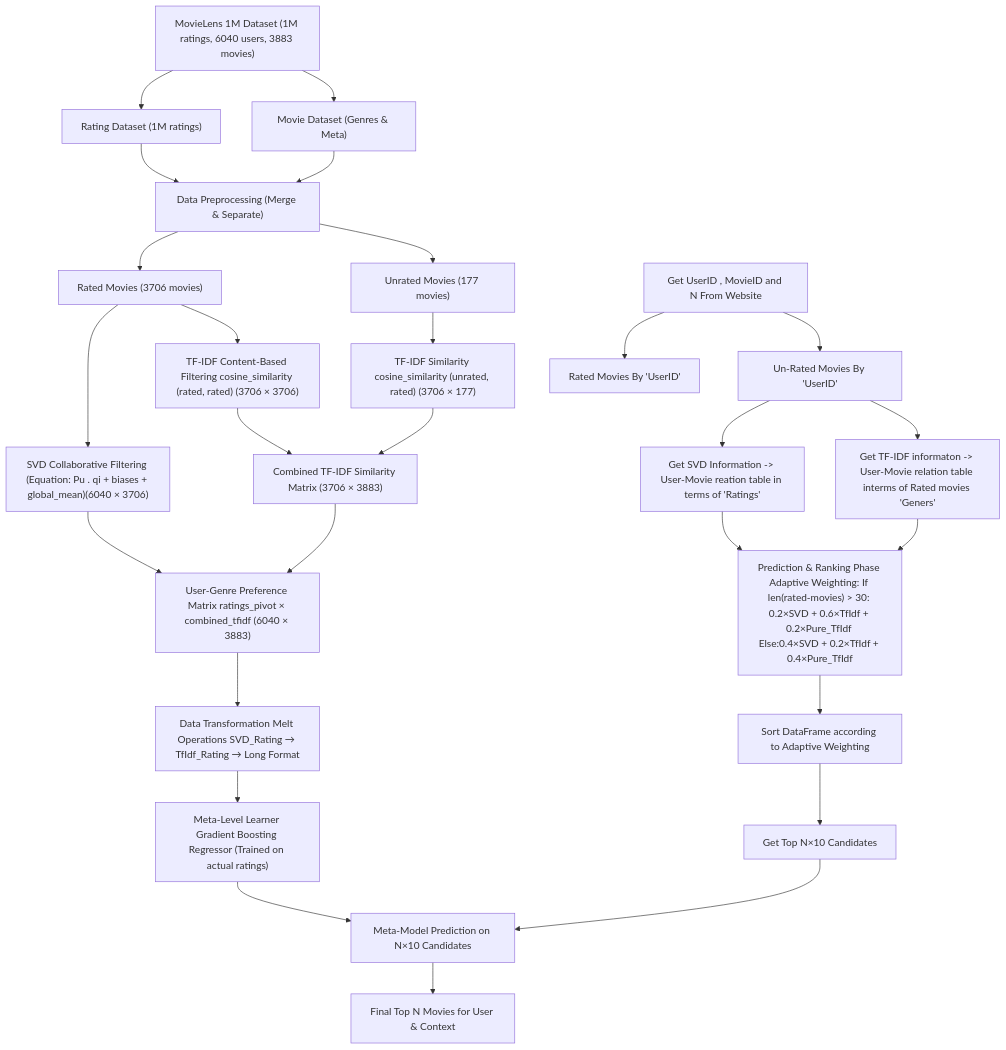
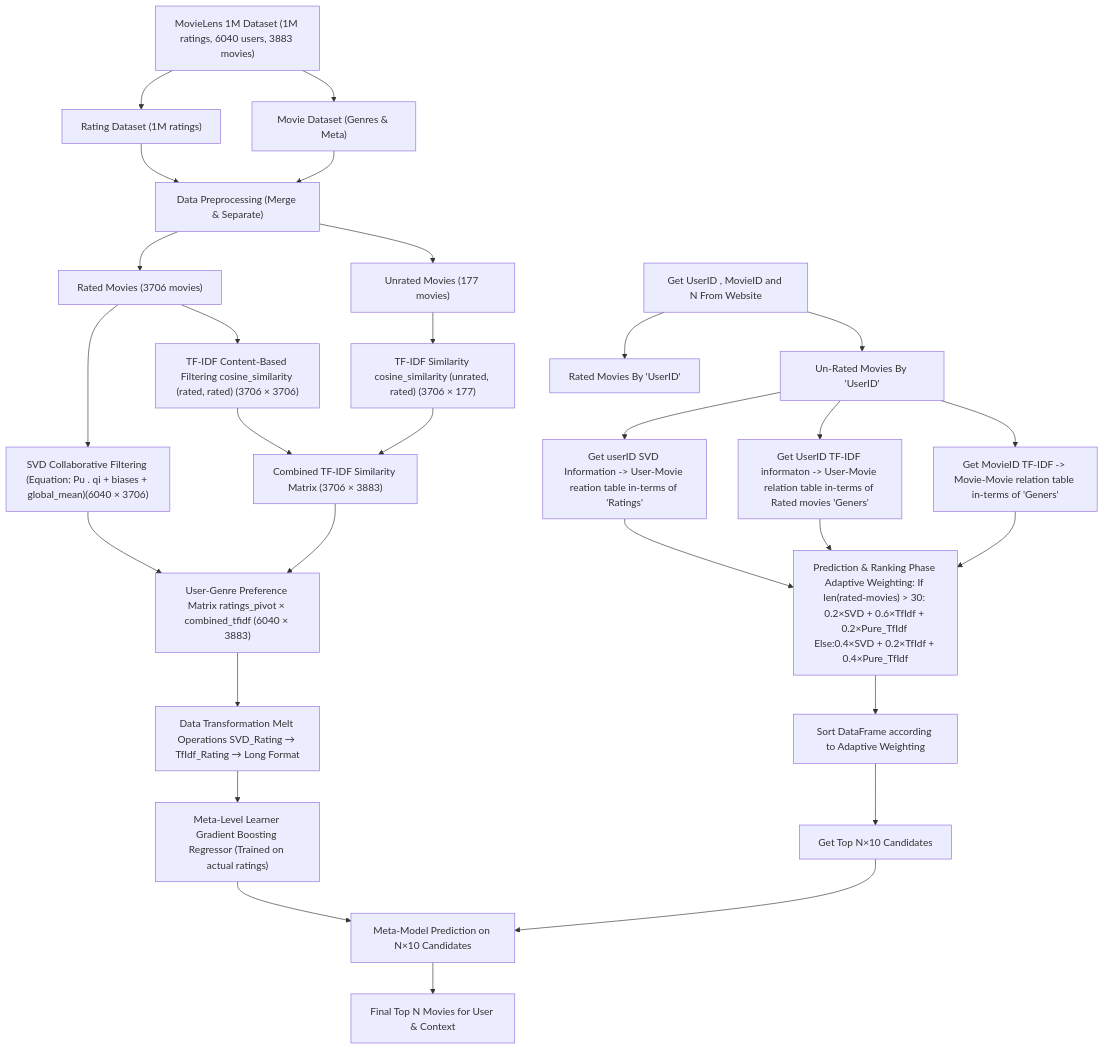
One commit to NiazMahmud2001/MetaLevel-HybridMovie-Recommender changed the diagram in README.md. Above: the diagram before and after it, drawn with Mermaid.

````diff
--- a/README.md
+++ b/README.md
@@ -83,36 +83,38 @@
 ```mermaid
 graph TD
     A["MovieLens 1M Dataset (1M ratings, 6040 users, 3883 movies)"]
     A --> B["Rating Dataset (1M ratings)"]
     A --> C["Movie Dataset (Genres & Meta)"]
     B --> D["Data Preprocessing (Merge & Separate)"]
     C --> D
     D --> E["Rated Movies (3706 movies)"]
     D --> F["Unrated Movies (177 movies)"]
 
     E --> G1["SVD Collaborative Filtering (Equation: Pu . qi + biases + global_mean)(6040 × 3706)"]
     E --> G2["TF-IDF Content-Based Filtering cosine_similarity (rated, rated) (3706 × 3706)"]
     F --> G3["TF-IDF Similarity cosine_similarity (unrated, rated) (3706 × 177)"]
 
     G2 --> H["Combined TF-IDF Similarity Matrix (3706 × 3883)"]
     G3 --> H
     G1 --> I
     H --> I["User-Genre Preference Matrix ratings_pivot × combined_tfidf (6040 × 3883)"]
     I --> J["Data Transformation Melt Operations SVD_Rating → TfIdf_Rating → Long Format"]
     J --> K["Meta-Level Learner Gradient Boosting Regressor (Trained on actual ratings)"]
 
     L["Get UserID , MovieID and N From Website"]
     L --> M["Rated Movies By 'UserID'"]
     L --> N["Un-Rated Movies By 'UserID'"]
-    N --> O["Get SVD Information -> User-Movie reation table in terms of 'Ratings' "]
-    N --> P["Get TF-IDF informaton -> User-Movie relation table interms of Rated movies 'Geners' "]
+    N --> O["Get userID SVD Information -> User-Movie reation table in-terms of 'Ratings' "]
+    N --> P["Get UserID TF-IDF informaton -> User-Movie relation table in-terms of Rated movies 'Geners' "]
+    N --> V["Get MovieID TF-IDF -> Movie-Movie relation table in-terms of 'Geners'"]
 
     Q["Prediction & Ranking Phase Adaptive Weighting: If len(rated-movies) > 30: 0.2×SVD + 0.6×TfIdf + 0.2×Pure_TfIdf Else:0.4×SVD + 0.2×TfIdf + 0.4×Pure_TfIdf"]
     O --> Q
     P --> Q
+    V --> Q
     Q --> R["Sort DataFrame according to Adaptive Weighting"]
     R --> S["Get Top N×10 Candidates"]
     S --> T["Meta-Model Prediction on N×10 Candidates"]
     K --> T
     T --> U["Final Top N Movies for User & Context"]
 ```
````
